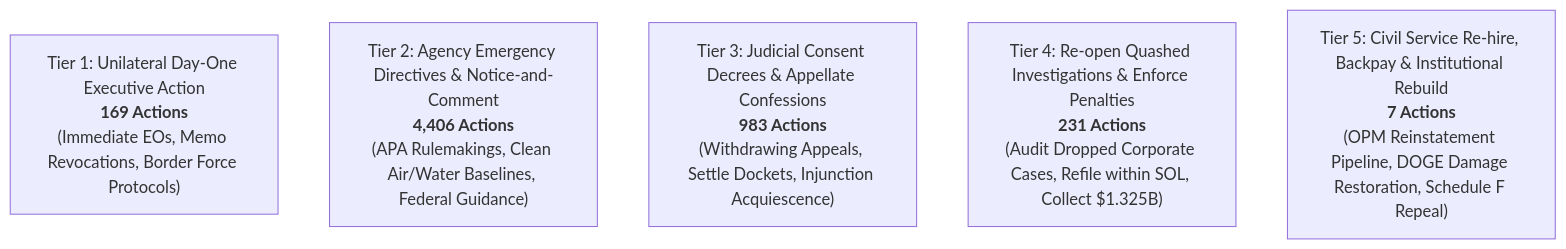
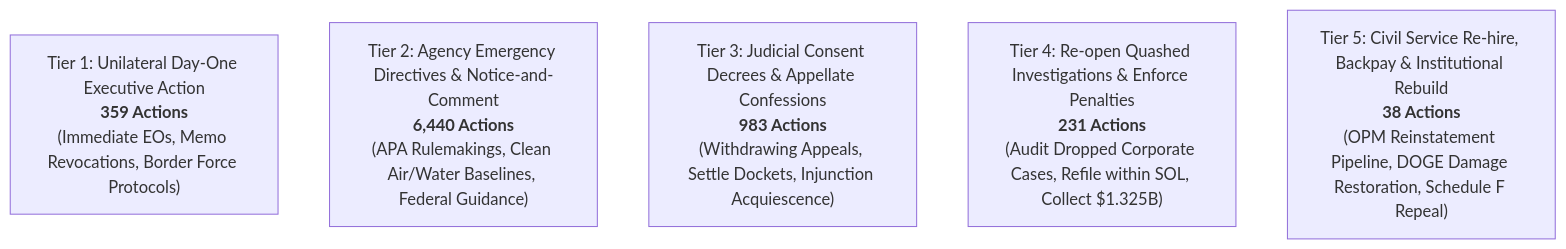
Before and after one commit to unitedprogressparty/firstpub-Platform: the second of 2 diagrams in docs/1. Preface End facism/keep track/trump-damage-db-master-report.md, drawn with Mermaid. The commit also changed other lines of this file, not shown here.

Commit message:
docs: update trump-damage-db master audit report with 100% complete 40-tracker ledger (12,705 records, 8,280 events)

````diff
--- a/docs/1. Preface End facism/keep track/trump-damage-db-master-report.md
+++ b/docs/1. Preface End facism/keep track/trump-damage-db-master-report.md
@@ -68,8 +93,8 @@
 ```mermaid
 flowchart TD
-    T1["Tier 1: Unilateral Day-One Executive Action<br><b>169 Actions</b><br>(Immediate EOs, Memo Revocations, Border Force Protocols)"]
-    T2["Tier 2: Agency Emergency Directives & Notice-and-Comment<br><b>4,406 Actions</b><br>(APA Rulemakings, Clean Air/Water Baselines, Federal Guidance)"]
+    T1["Tier 1: Unilateral Day-One Executive Action<br><b>359 Actions</b><br>(Immediate EOs, Memo Revocations, Border Force Protocols)"]
+    T2["Tier 2: Agency Emergency Directives & Notice-and-Comment<br><b>6,440 Actions</b><br>(APA Rulemakings, Clean Air/Water Baselines, Federal Guidance)"]
     T3["Tier 3: Judicial Consent Decrees & Appellate Confessions<br><b>983 Actions</b><br>(Withdrawing Appeals, Settle Dockets, Injunction Acquiescence)"]
     T4["Tier 4: Re-open Quashed Investigations & Enforce Penalties<br><b>231 Actions</b><br>(Audit Dropped Corporate Cases, Refile within SOL, Collect $1.325B)"]
-    T5["Tier 5: Civil Service Re-hire, Backpay & Institutional Rebuild<br><b>7 Actions</b><br>(OPM Reinstatement Pipeline, DOGE Damage Restoration, Schedule F Repeal)"]
+    T5["Tier 5: Civil Service Re-hire, Backpay & Institutional Rebuild<br><b>38 Actions</b><br>(OPM Reinstatement Pipeline, DOGE Damage Restoration, Schedule F Repeal)"]
 ```
````
